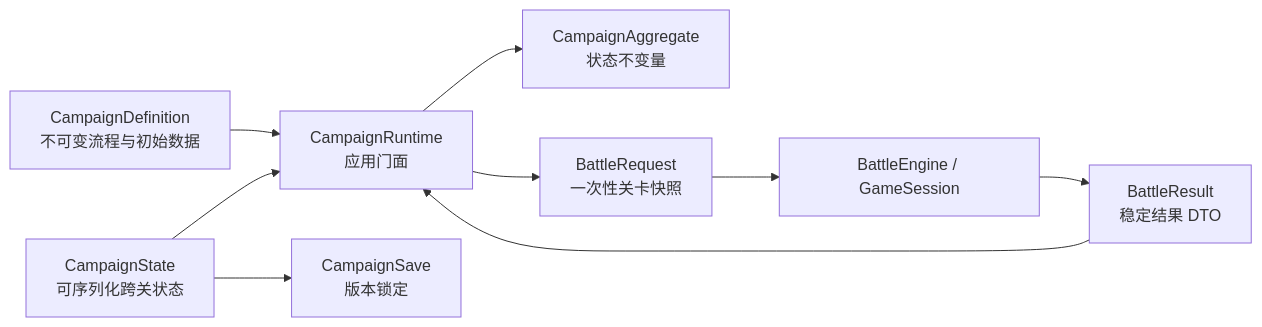
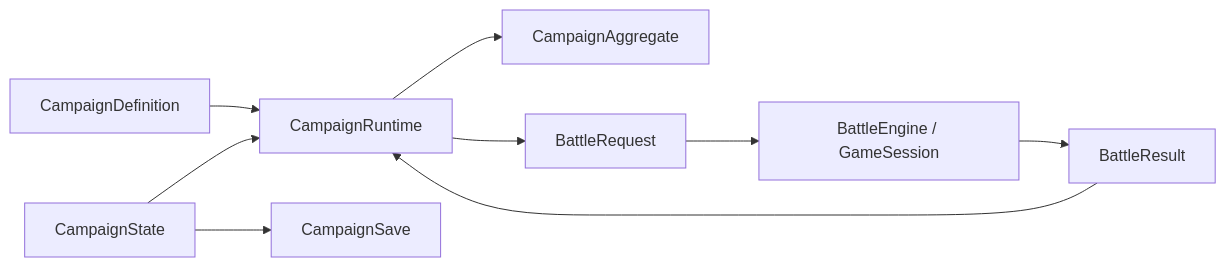
One commit to Tangerg/empire changed the diagram in docs/campaign-engine-architecture.md. Above: the diagram before and after it, drawn with Mermaid. The commit also changed other lines of this file and 10 other files, not shown here.

````diff
--- a/docs/campaign-engine-architecture.md
+++ b/docs/campaign-engine-architecture.md
@@ -26,11 +23,11 @@
 ```mermaid
 flowchart LR
-  Definition["CampaignDefinition<br/>不可变流程与初始数据"] --> Runtime["CampaignRuntime<br/>应用门面"]
-  State["CampaignState<br/>可序列化跨关状态"] --> Runtime
-  Runtime --> Aggregate["CampaignAggregate<br/>状态不变量"]
-  Runtime --> Request["BattleRequest<br/>一次性关卡快照"]
+  Definition["CampaignDefinition"] --> Runtime["CampaignRuntime"]
+  State["CampaignState"] --> Runtime
+  Runtime --> Aggregate["CampaignAggregate"]
+  Runtime --> Request["BattleRequest"]
   Request --> Battle["BattleEngine / GameSession"]
-  Battle --> Result["BattleResult<br/>稳定结果 DTO"]
+  Battle --> Result["BattleResult"]
   Result --> Runtime
-  State --> Save["CampaignSave<br/>版本锁定"]
+  State --> Save["CampaignSave"]
 ```
````
